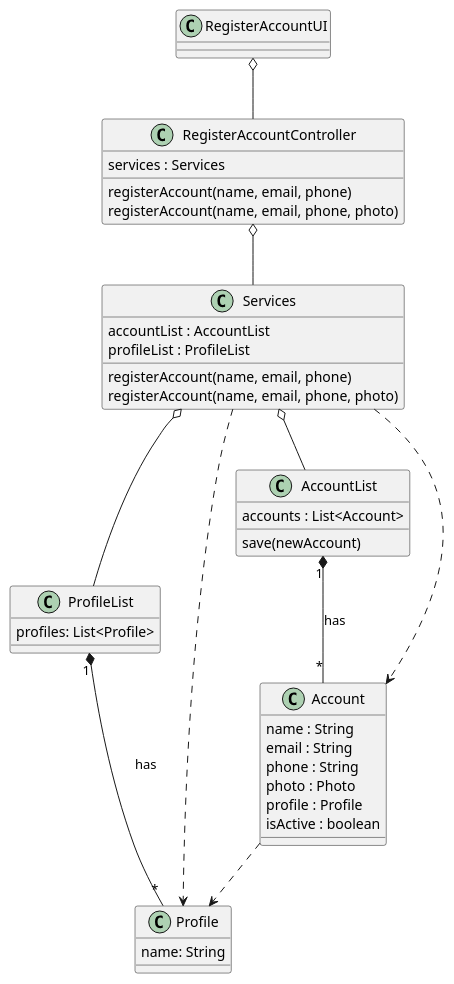
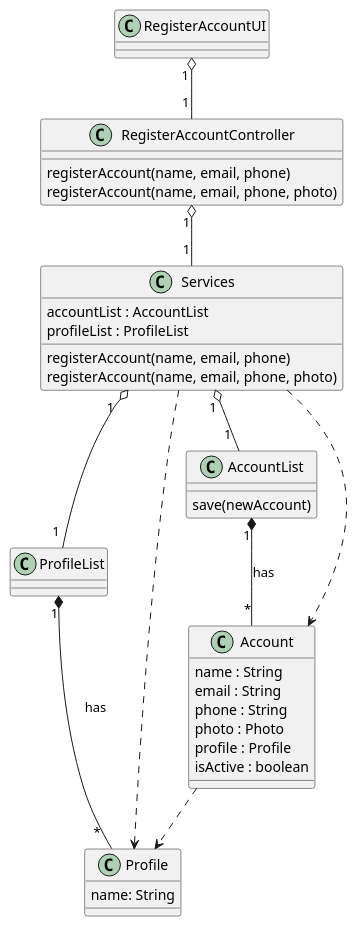
One commit to ivo-menezes/project_g3 changed the diagram in docs/modelling_design/user_stories/us002/US002_RegisterUserCD.puml. Above: the diagram before and after it, drawn with PlantUML.

Commit message:
US002: Design: updated RegisterUserCD

```diff
--- a/docs/modelling_design/user_stories/us002/US002_RegisterUserCD.puml
+++ b/docs/modelling_design/user_stories/us002/US002_RegisterUserCD.puml
@@ -1,50 +1,48 @@
 @startuml
 
 class RegisterAccountUI {}
 
 class RegisterAccountController {
-services : Services
+
 registerAccount(name, email, phone)
 registerAccount(name, email, phone, photo)
 }
 
 class Services {
 accountList : AccountList
 profileList : ProfileList
 registerAccount(name, email, phone)
 registerAccount(name, email, phone, photo)
 }
 
 class ProfileList {
-profiles: List<Profile>
 }
 
 class AccountList {
-accounts : List<Account>
 save(newAccount)
 }
 
 class Profile {
 name: String
 }
 
 class Account {
 name : String
 email : String
 phone : String
 photo : Photo
 profile : Profile
 isActive : boolean
 }
 
-RegisterAccountUI o-- RegisterAccountController
-RegisterAccountController o-- Services
-Services o-- ProfileList
+RegisterAccountUI "     1" o-- "        1" RegisterAccountController
+RegisterAccountController "     1" o-- "        1" Services
+Services "                               1" o-- "        1" ProfileList
 Services ..> Profile
-Services o-- AccountList
+Services "        1" o-- "             1" AccountList
 Services ..> Account
 Account ..> Profile
-AccountList "1" *-- "*" Account : has
-ProfileList "1" *-- "*" Profile : has
+AccountList "  1" *-- "   *" Account : has
+ProfileList "1" *-- "                  *" Profile : has
 
 @enduml
```
